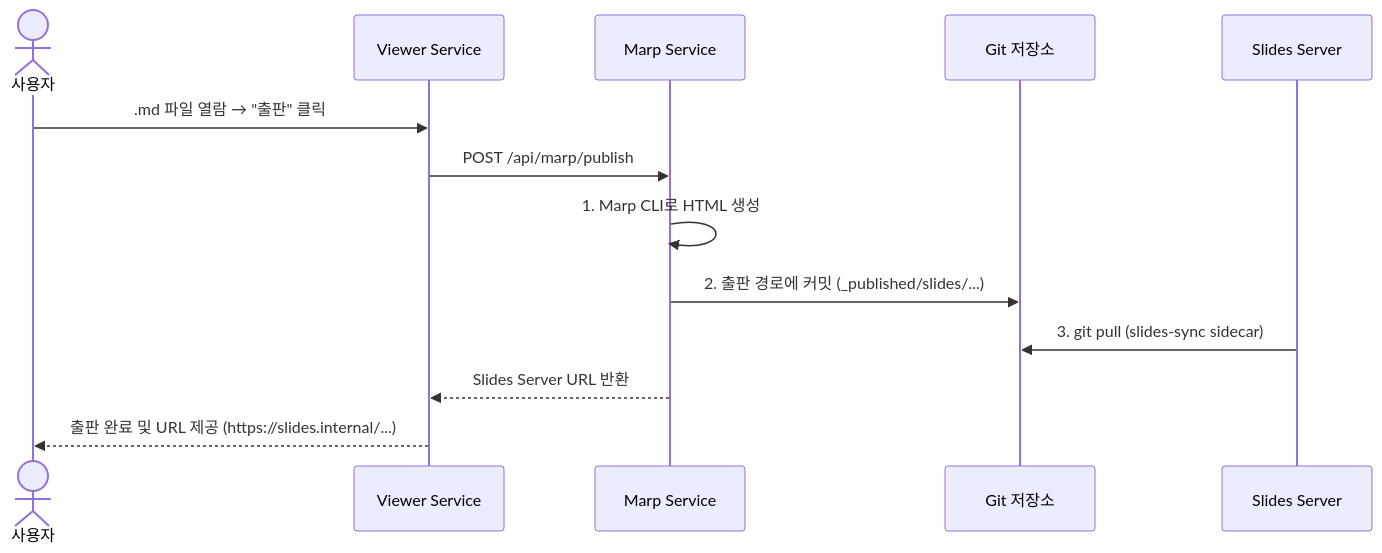
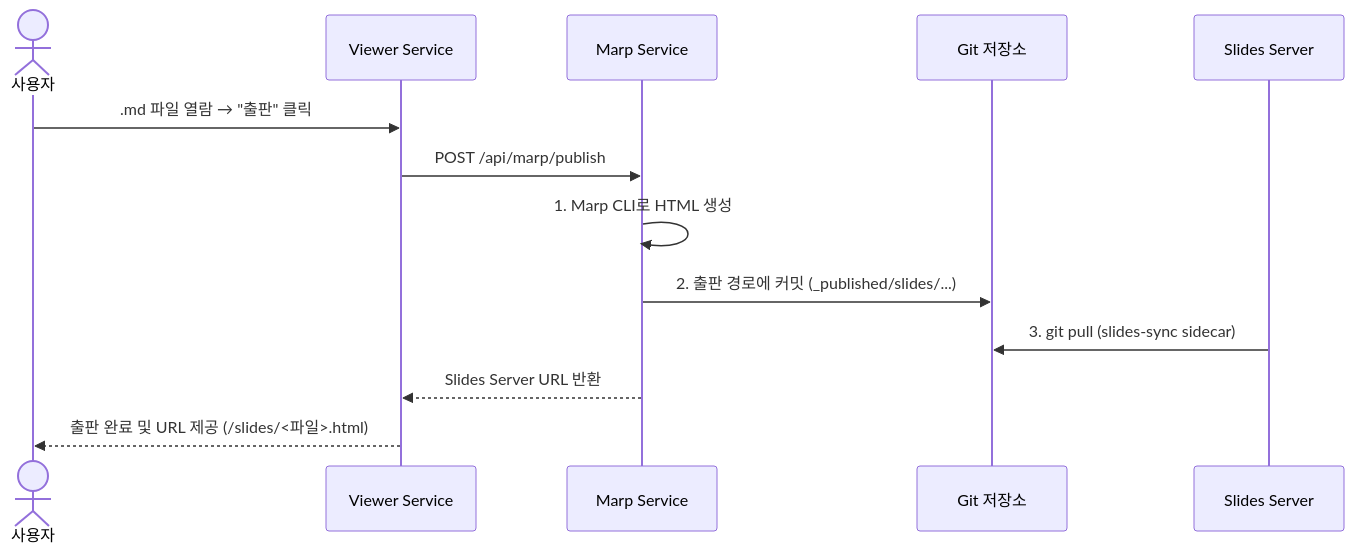
Before and after one commit to sch0718/synctx: the third of 6 diagrams in docs/architecture.md, drawn with Mermaid. The commit also changed other lines of this file and 33 other files, not shown here.

````diff
--- a/docs/architecture.md
+++ b/docs/architecture.md
@@ -496,16 +502,16 @@
 ```mermaid
 sequenceDiagram
     actor User as 사용자
     participant Viewer as Viewer Service
     participant Marp as Marp Service
     participant Git as Git 저장소
     participant Slides as Slides Server
 
     User->>Viewer: .md 파일 열람 → "출판" 클릭
     Viewer->>Marp: POST /api/marp/publish
     Marp->>Marp: 1. Marp CLI로 HTML 생성
     Marp->>Git: 2. 출판 경로에 커밋 (_published/slides/...)
     Slides->>Git: 3. git pull (slides-sync sidecar)
     Marp-->>Viewer: Slides Server URL 반환
-    Viewer-->>User: 출판 완료 및 URL 제공 (https://slides.internal/...)
+    Viewer-->>User: 출판 완료 및 URL 제공 (/slides/<파일>.html)
 ```
````
